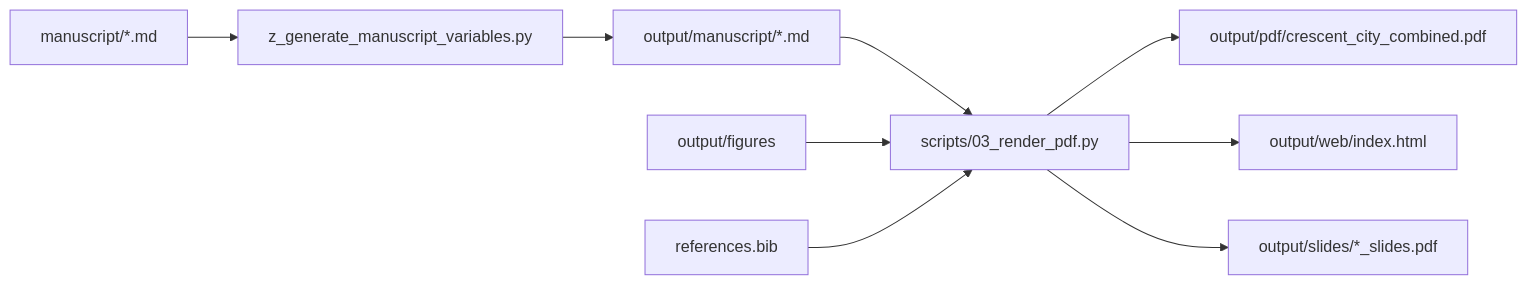
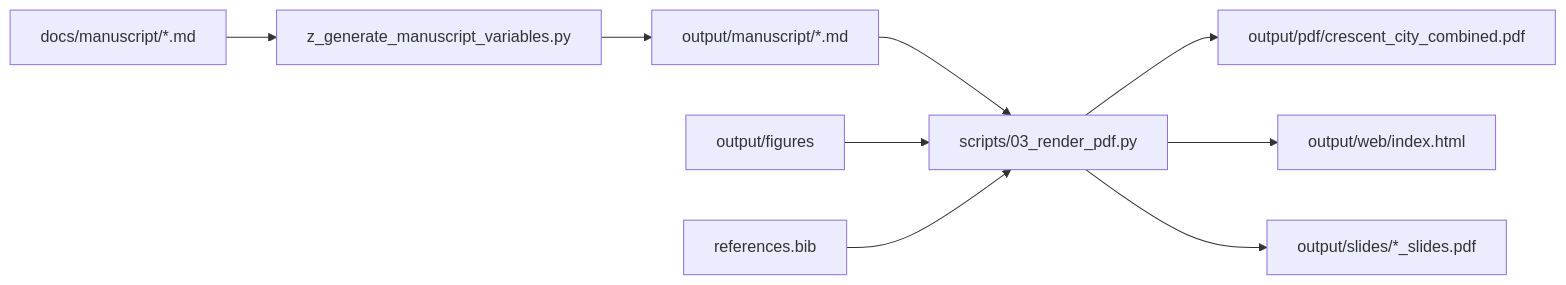
The second of 2 diagrams in docs/architecture.md (docxology/crescent_city), drawn with Mermaid before and after one commit. The commit also changed other lines of this file and 91 other files, not shown here.

````diff
--- a/docs/architecture.md
+++ b/docs/architecture.md
@@ -103,11 +103,11 @@
 ```mermaid
 flowchart LR
-    M["manuscript/*.md"] --> V["z_generate_manuscript_variables.py"]
+    M["docs/manuscript/*.md"] --> V["z_generate_manuscript_variables.py"]
     V --> OM["output/manuscript/*.md"]
     OM --> R["scripts/03_render_pdf.py"]
     F["output/figures"] --> R
     B["references.bib"] --> R
     R --> PDF["output/pdf/crescent_city_combined.pdf"]
     R --> HTML["output/web/index.html"]
     R --> SLIDES["output/slides/*_slides.pdf"]
 ```
````
